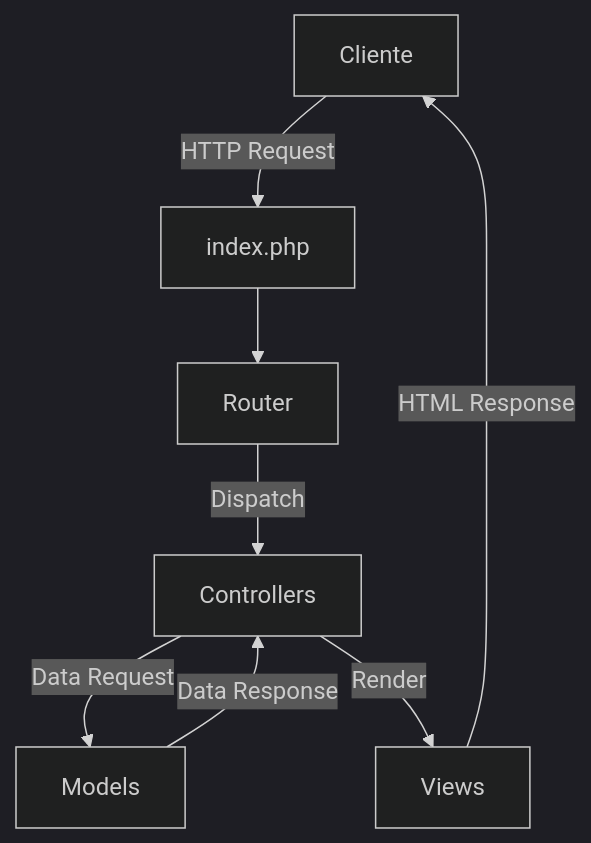
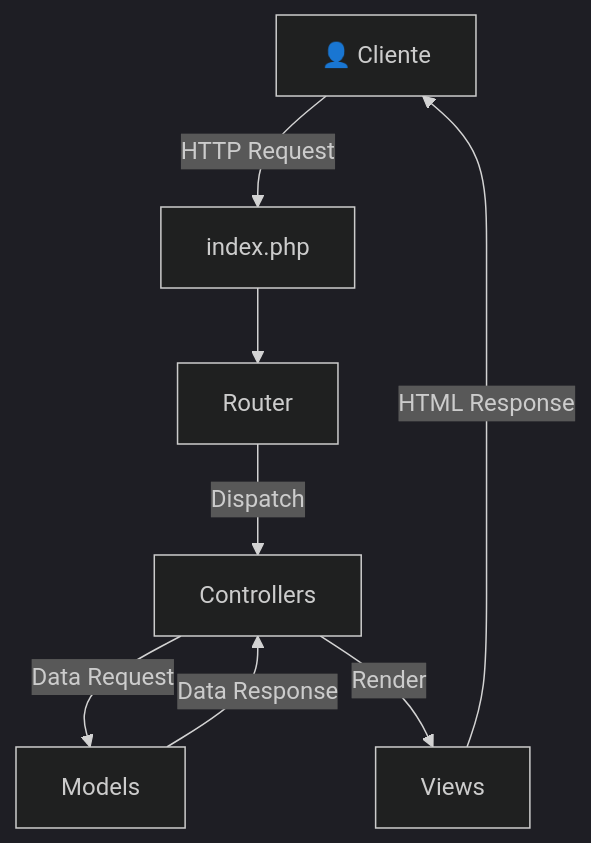
Before and after one commit to SinMasGato/enlaces1: the second of 5 diagrams in README.md, drawn with Mermaid (dark theme). The commit also changed other lines of this file, not shown here.

````diff
--- a/README.md
+++ b/README.md
@@ -37,10 +34,10 @@
 ```mermaid
 graph TB
-    A[Cliente] -->|HTTP Request| B[index.php]
+    A[👤 Cliente] -->|HTTP Request| B[index.php]
     B --> C[Router]
     C -->|Dispatch| D[Controllers]
     D -->|Data Request| E[Models]
     E -->|Data Response| D
     D -->|Render| F[Views]
     F -->|HTML Response| A
 ```
````
